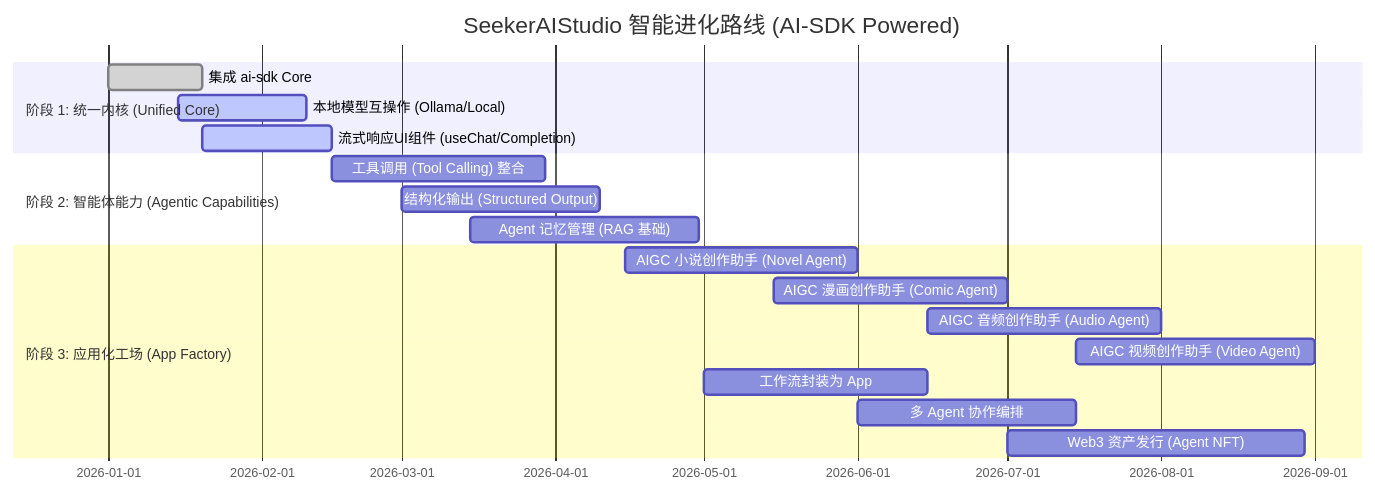
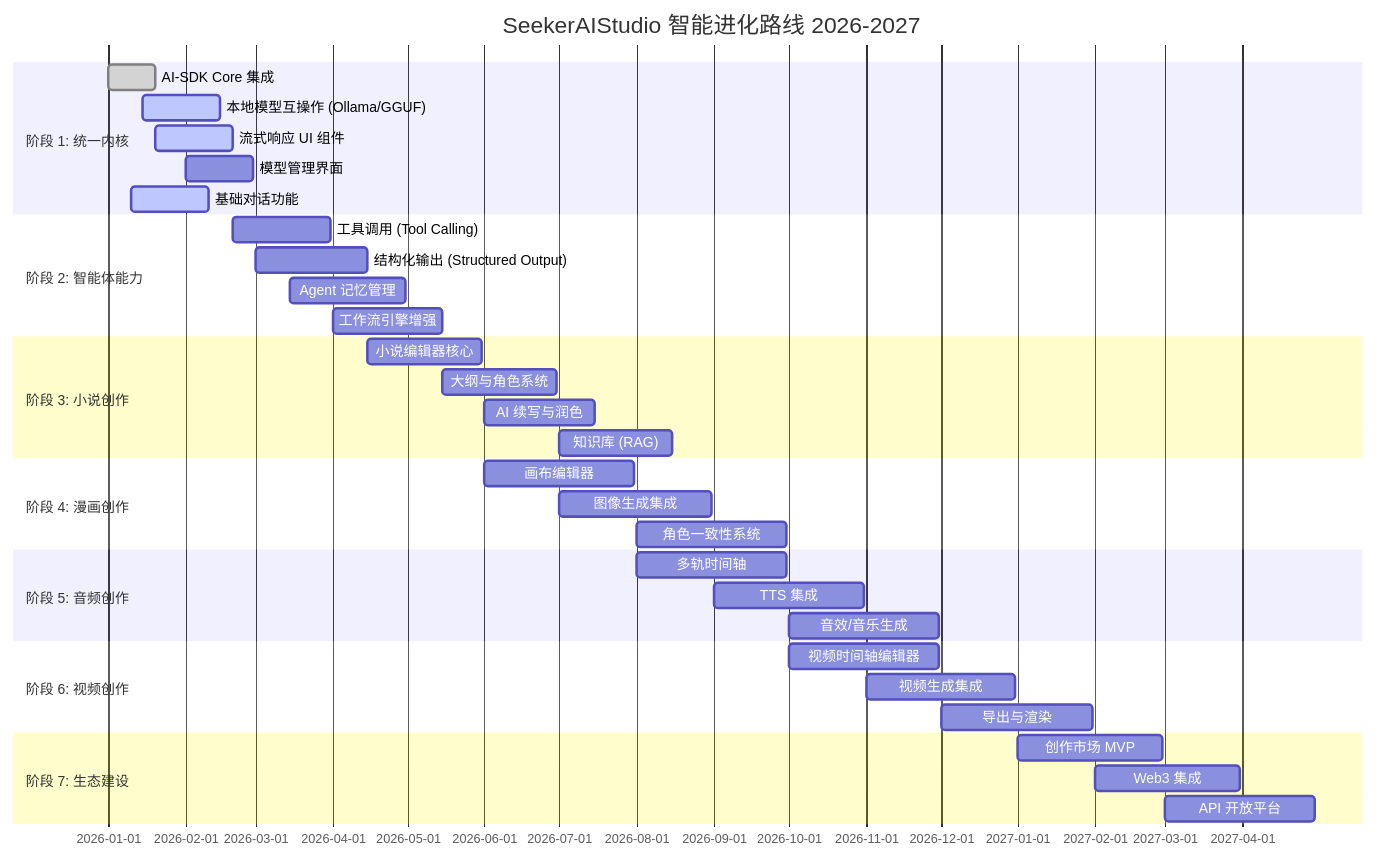
Before and after one commit to haike0513/SeekerAIStudio: the first of 2 diagrams in docs/roadmap/Roadmap.md, drawn with Mermaid. The commit also changed other lines of this file and 10 other files, not shown here.

````diff
--- a/docs/roadmap/Roadmap.md
+++ b/docs/roadmap/Roadmap.md
@@ -7,24 +24,44 @@
 ```mermaid
 gantt
-    title SeekerAIStudio 智能进化路线 (AI-SDK Powered)
+    title SeekerAIStudio 智能进化路线 2026-2027
     dateFormat  YYYY-MM-DD
     
-    section 阶段 1: 统一内核 (Unified Core)
-    集成 ai-sdk Core                  :done,   task1, 2026-01-01, 2026-01-20
-    本地模型互操作 (Ollama/Local)      :active, task2, 2026-01-15, 2026-02-10
-    流式响应UI组件 (useChat/Completion):active, task3, 2026-01-20, 2026-02-15
+    section 阶段 1: 统一内核
+    AI-SDK Core 集成              :done,    p1_1, 2026-01-01, 2026-01-20
+    本地模型互操作 (Ollama/GGUF)   :active,  p1_2, 2026-01-15, 2026-02-15
+    流式响应 UI 组件               :active,  p1_3, 2026-01-20, 2026-02-20
+    模型管理界面                   :         p1_4, 2026-02-01, 2026-02-28
+    基础对话功能                   :active,  p1_5, 2026-01-10, 2026-02-10
     
-    section 阶段 2: 智能体能力 (Agentic Capabilities)
-    工具调用 (Tool Calling) 整合       :        task4, 2026-02-15, 2026-03-30
-    结构化输出 (Structured Output)    :        task5, 2026-03-01, 2026-04-10
-    Agent 记忆管理 (RAG 基础)         :        task6, 2026-03-15, 2026-04-30
+    section 阶段 2: 智能体能力
+    工具调用 (Tool Calling)        :         p2_1, 2026-02-20, 2026-03-31
+    结构化输出 (Structured Output) :         p2_2, 2026-03-01, 2026-04-15
+    Agent 记忆管理                 :         p2_3, 2026-03-15, 2026-04-30
+    工作流引擎增强                 :         p2_4, 2026-04-01, 2026-05-15
     
-    section 阶段 3: 应用化工场 (App Factory)
-    AIGC 小说创作助手 (Novel Agent)   :        task_novel, 2026-04-15, 2026-06-01
-    AIGC 漫画创作助手 (Comic Agent)   :        task_comic, 2026-05-15, 2026-07-01
-    AIGC 音频创作助手 (Audio Agent)   :        task_audio, 2026-06-15, 2026-08-01
-    AIGC 视频创作助手 (Video Agent)   :        task_video, 2026-07-15, 2026-09-01
-    工作流封装为 App                  :        task7, 2026-05-01, 2026-06-15
-    多 Agent 协作编排                 :        task8, 2026-06-01, 2026-07-15
-    Web3 资产发行 (Agent NFT)         :        task9, 2026-07-01, 2026-08-30
+    section 阶段 3: 小说创作
+    小说编辑器核心                 :         n_1, 2026-04-15, 2026-05-31
+    大纲与角色系统                 :         n_2, 2026-05-15, 2026-06-30
+    AI 续写与润色                  :         n_3, 2026-06-01, 2026-07-15
+    知识库 (RAG)                   :         n_4, 2026-07-01, 2026-08-15
+    
+    section 阶段 4: 漫画创作
+    画布编辑器                     :         c_1, 2026-06-01, 2026-07-31
+    图像生成集成                   :         c_2, 2026-07-01, 2026-08-31
+    角色一致性系统                 :         c_3, 2026-08-01, 2026-09-30
+    
+    section 阶段 5: 音频创作
+    多轨时间轴                     :         a_1, 2026-08-01, 2026-09-30
+    TTS 集成                       :         a_2, 2026-09-01, 2026-10-31
+    音效/音乐生成                  :         a_3, 2026-10-01, 2026-11-30
+    
+    section 阶段 6: 视频创作
+    视频时间轴编辑器               :         v_1, 2026-10-01, 2026-11-30
+    视频生成集成                   :         v_2, 2026-11-01, 2026-12-31
+    导出与渲染                     :         v_3, 2026-12-01, 2027-01-31
+    
+    section 阶段 7: 生态建设
+    创作市场 MVP                   :         e_1, 2027-01-01, 2027-02-28
+    Web3 集成                      :         e_2, 2027-02-01, 2027-03-31
+    API 开放平台                   :         e_3, 2027-03-01, 2027-04-30
 ```
````
